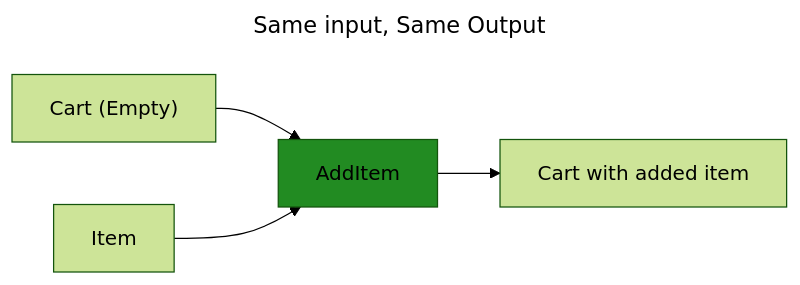
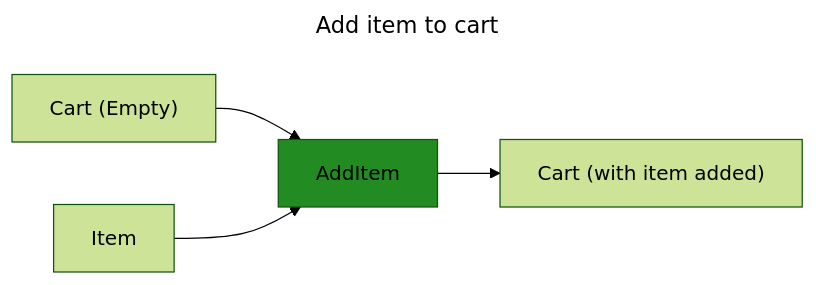
One commit to grierson/grierson changed the second of 14 diagrams in structure.md. Above: the diagram before and after it, drawn with Mermaid (forest theme). The commit also changed other lines of this file, not shown here.

````diff
--- a/structure.md
+++ b/structure.md
@@ -43,10 +46,10 @@
 ```mermaid
 ---
-title: Same input, Same Output
+title: Add item to cart
 ---
 flowchart LR
   style AddItem fill:ForestGreen
   Cart["Cart (Empty)"] --> AddItem
-  Item --> AddItem --> CartResult["Cart with added item"]
+  Item --> AddItem --> CartResult["Cart (with item added)"]
 
 ```
````
